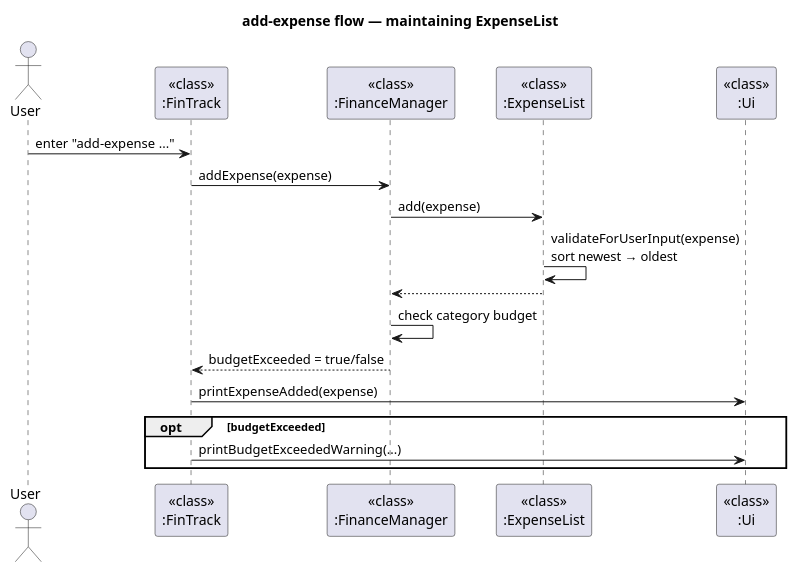
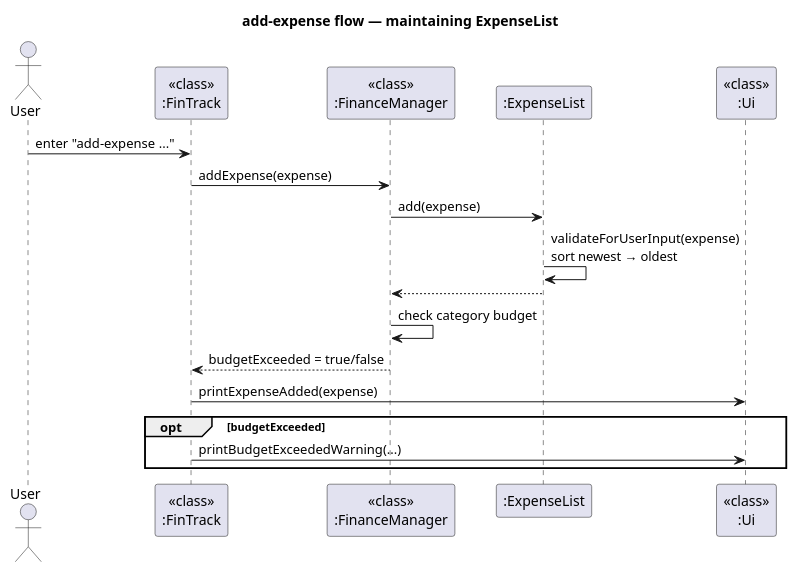
The diagram in docs/diagrams/FinanceManager_add-expense_DG.puml (AY2526S1-CS2113-W12-4/tp), drawn with PlantUML before and after one commit.

Commit message:
Correct non-static function call in sequence diagram

```diff
--- a/docs/diagrams/FinanceManager_add-expense_DG.puml
+++ b/docs/diagrams/FinanceManager_add-expense_DG.puml
@@ -1,23 +1,23 @@
 @startuml
 title add-expense flow — maintaining ExpenseList
 
 actor User
 participant "<<class>>\n:FinTrack" as FinTrack
 participant "<<class>>\n:FinanceManager" as FM
-participant "<<class>>\n:ExpenseList" as ExpList
+participant ":ExpenseList" as ExpList
 participant "<<class>>\n:Ui" as Ui
 
 User -> FinTrack : enter "add-expense ..."
 FinTrack -> FM : addExpense(expense)
 FM -> ExpList : add(expense)
 ExpList -> ExpList : validateForUserInput(expense)\nsort newest → oldest
 ExpList --> FM
 
 FM -> FM : check category budget
 FM --> FinTrack : budgetExceeded = true/false
 
 FinTrack -> Ui : printExpenseAdded(expense)
 opt budgetExceeded
   FinTrack -> Ui : printBudgetExceededWarning(...)
 end
 @enduml
```
